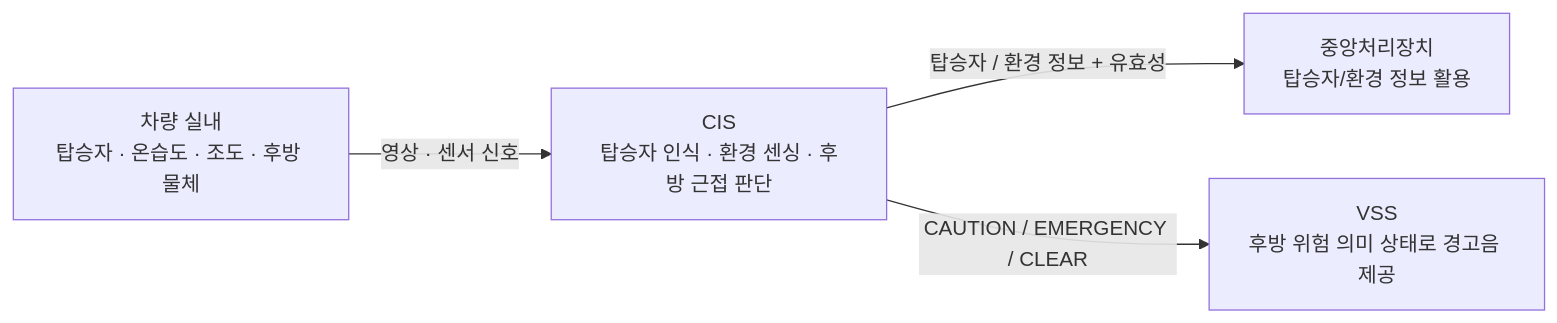
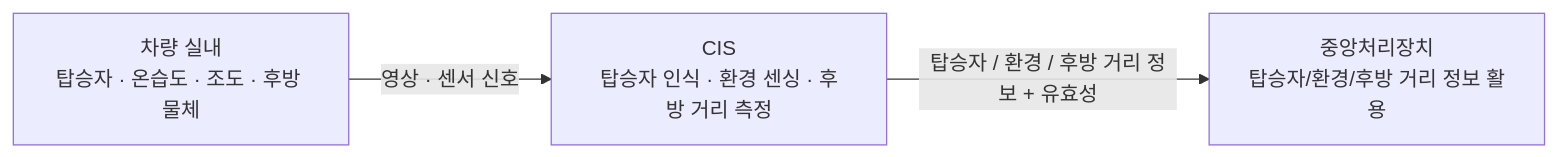
The diagram in docs/requirements/CIS/01_CIS_SR_FUNCTIONAL_BASELINE_DRAFT.md (vehicle-domain-control-system/integrated-vehicle-control), drawn with Mermaid before and after one commit. The commit also changed other lines of this file and 6 other files, not shown here.

````diff
--- a/docs/requirements/CIS/01_CIS_SR_FUNCTIONAL_BASELINE_DRAFT.md
+++ b/docs/requirements/CIS/01_CIS_SR_FUNCTIONAL_BASELINE_DRAFT.md
@@ -36,11 +36,9 @@
 ```mermaid
 flowchart LR
     CABIN["차량 실내<br/>탑승자 · 온습도 · 조도 · 후방 물체"]
-    CIS["CIS<br/>탑승자 인식 · 환경 센싱 · 후방 근접 판단"]
-    CENTRAL["중앙처리장치<br/>탑승자/환경 정보 활용"]
-    VSS["VSS<br/>후방 위험 의미 상태로 경고음 제공"]
+    CIS["CIS<br/>탑승자 인식 · 환경 센싱 · 후방 거리 측정"]
+    CENTRAL["중앙처리장치<br/>탑승자/환경/후방 거리 정보 활용"]
 
     CABIN -->|"영상 · 센서 신호"| CIS
-    CIS -->|"탑승자 / 환경 정보 + 유효성"| CENTRAL
-    CIS -->|"CAUTION / EMERGENCY / CLEAR"| VSS
+    CIS -->|"탑승자 / 환경 / 후방 거리 정보 + 유효성"| CENTRAL
 ```
````
